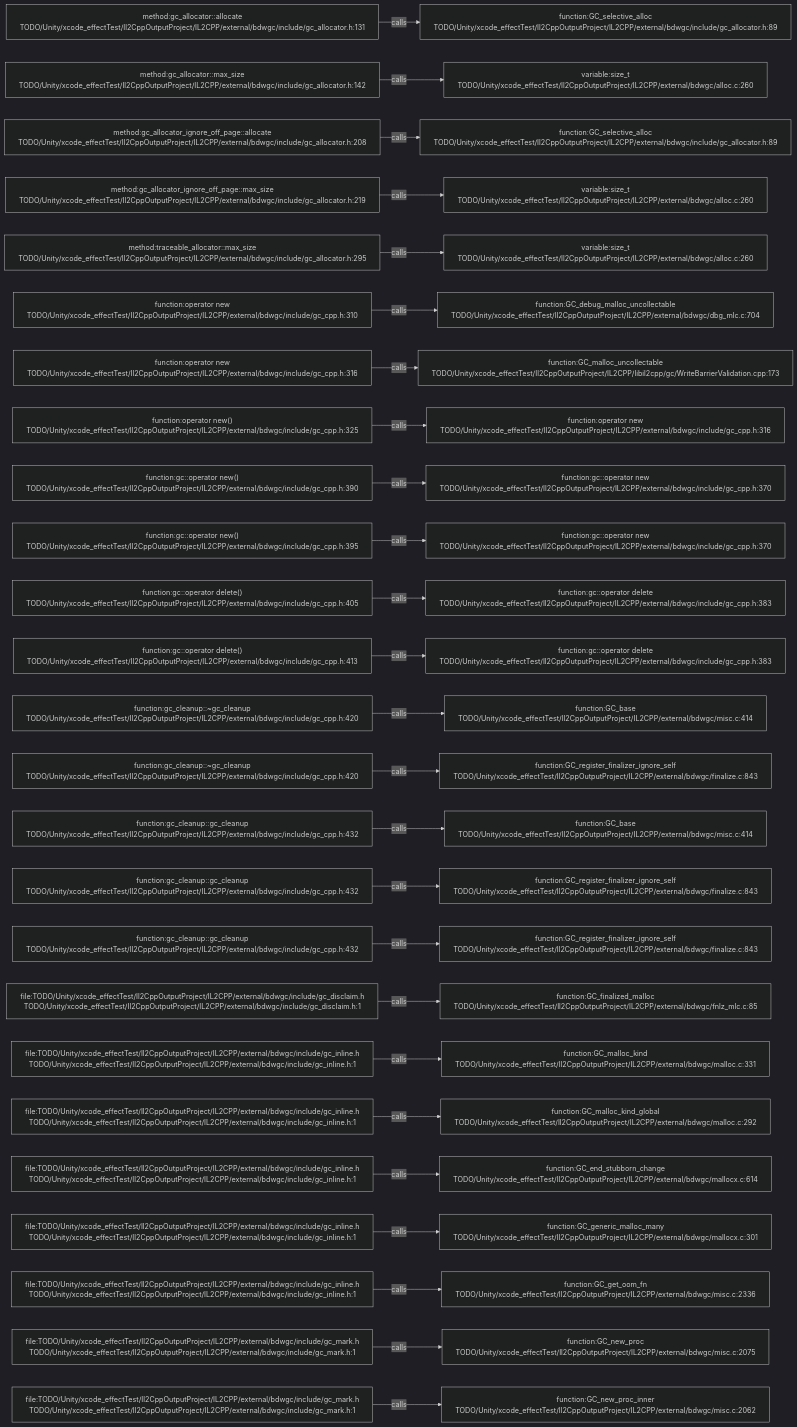
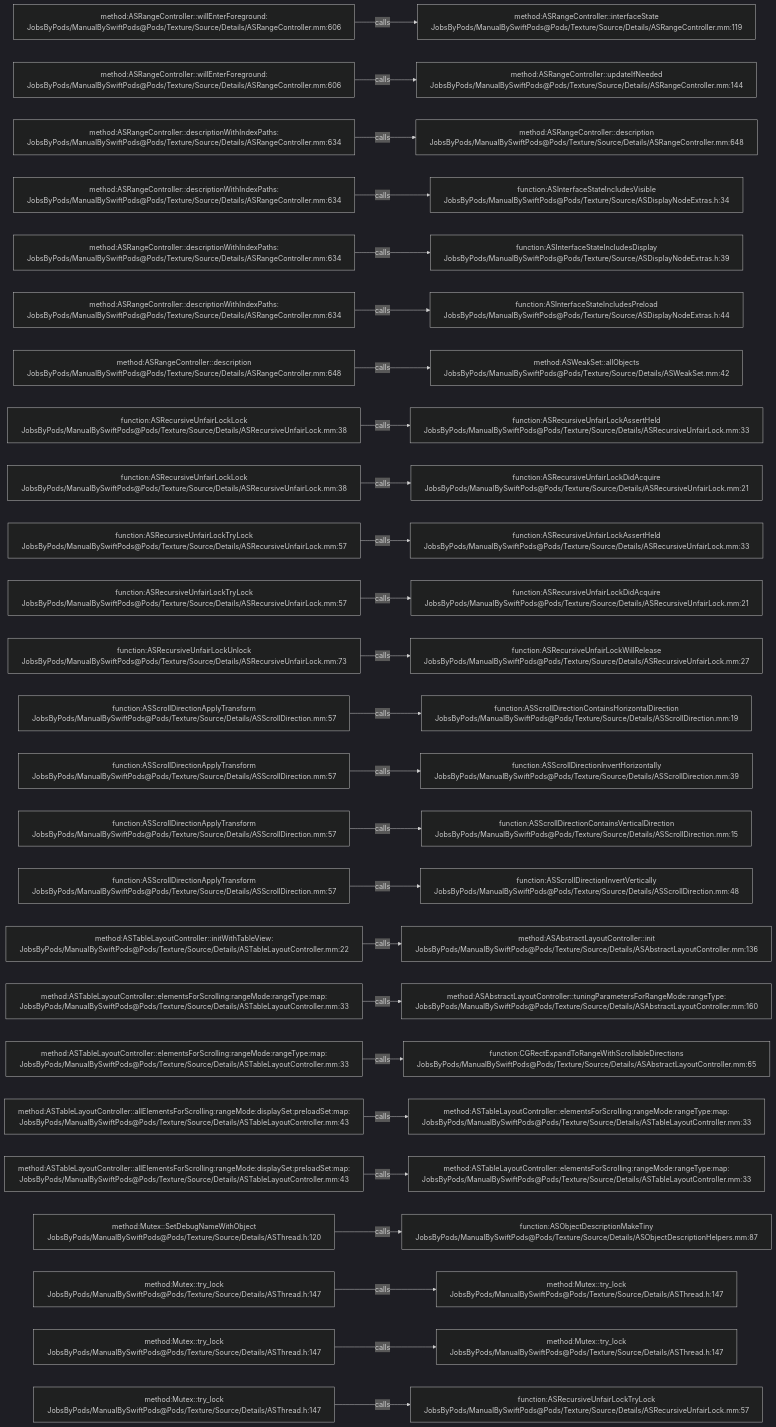
Before and after one commit to JobsKits/JobsSwiftBaseConfigDemo: the diagram in .codegraph/codegraph.md/graphs/calls-114.md, drawn with Mermaid (dark theme). The commit also changed 2959 other files, not shown here.

````diff
--- a/.codegraph/codegraph.md/graphs/calls-114.md
+++ b/.codegraph/codegraph.md/graphs/calls-114.md
@@ -13,78 +13,78 @@
 ```mermaid
 flowchart LR
-  S1["method:gc_allocator::allocate<br/>TODO/Unity/xcode_effectTest/Il2CppOutputProject/IL2CPP/external/bdwgc/include/gc_allocator.h:131"]
-  T1["function:GC_selective_alloc<br/>TODO/Unity/xcode_effectTest/Il2CppOutputProject/IL2CPP/external/bdwgc/include/gc_allocator.h:89"]
+  S1["method:ASRangeController::willEnterForeground:<br/>JobsByPods/ManualBySwiftPods@Pods/Texture/Source/Details/ASRangeController.mm:606"]
+  T1["method:ASRangeController::interfaceState<br/>JobsByPods/ManualBySwiftPods@Pods/Texture/Source/Details/ASRangeController.mm:119"]
   S1 -->|calls| T1
-  S2["method:gc_allocator::max_size<br/>TODO/Unity/xcode_effectTest/Il2CppOutputProject/IL2CPP/external/bdwgc/include/gc_allocator.h:142"]
-  T2["variable:size_t<br/>TODO/Unity/xcode_effectTest/Il2CppOutputProject/IL2CPP/external/bdwgc/alloc.c:260"]
+  S2["method:ASRangeController::willEnterForeground:<br/>JobsByPods/ManualBySwiftPods@Pods/Texture/Source/Details/ASRangeController.mm:606"]
+  T2["method:ASRangeController::updateIfNeeded<br/>JobsByPods/ManualBySwiftPods@Pods/Texture/Source/Details/ASRangeController.mm:144"]
   S2 -->|calls| T2
-  S3["method:gc_allocator_ignore_off_page::allocate<br/>TODO/Unity/xcode_effectTest/Il2CppOutputProject/IL2CPP/external/bdwgc/include/gc_allocator.h:208"]
-  T3["function:GC_selective_alloc<br/>TODO/Unity/xcode_effectTest/Il2CppOutputProject/IL2CPP/external/bdwgc/include/gc_allocator.h:89"]
+  S3["method:ASRangeController::descriptionWithIndexPaths:<br/>JobsByPods/ManualBySwiftPods@Pods/Texture/Source/Details/ASRangeController.mm:634"]
+  T3["method:ASRangeController::description<br/>JobsByPods/ManualBySwiftPods@Pods/Texture/Source/Details/ASRangeController.mm:648"]
   S3 -->|calls| T3
-  S4["method:gc_allocator_ignore_off_page::max_size<br/>TODO/Unity/xcode_effectTest/Il2CppOutputProject/IL2CPP/external/bdwgc/include/gc_allocator.h:219"]
-  T4["variable:size_t<br/>TODO/Unity/xcode_effectTest/Il2CppOutputProject/IL2CPP/external/bdwgc/alloc.c:260"]
+  S4["method:ASRangeController::descriptionWithIndexPaths:<br/>JobsByPods/ManualBySwiftPods@Pods/Texture/Source/Details/ASRangeController.mm:634"]
+  T4["function:ASInterfaceStateIncludesVisible<br/>JobsByPods/ManualBySwiftPods@Pods/Texture/Source/ASDisplayNodeExtras.h:34"]
   S4 -->|calls| T4
-  S5["method:traceable_allocator::max_size<br/>TODO/Unity/xcode_effectTest/Il2CppOutputProject/IL2CPP/external/bdwgc/include/gc_allocator.h:295"]
-  T5["variable:size_t<br/>TODO/Unity/xcode_effectTest/Il2CppOutputProject/IL2CPP/external/bdwgc/alloc.c:260"]
+  S5["method:ASRangeController::descriptionWithIndexPaths:<br/>JobsByPods/ManualBySwiftPods@Pods/Texture/Source/Details/ASRangeController.mm:634"]
+  T5["function:ASInterfaceStateIncludesDisplay<br/>JobsByPods/ManualBySwiftPods@Pods/Texture/Source/ASDisplayNodeExtras.h:39"]
   S5 -->|calls| T5
-  S6["function:operator new<br/>TODO/Unity/xcode_effectTest/Il2CppOutputProject/IL2CPP/external/bdwgc/include/gc_cpp.h:310"]
-  T6["function:GC_debug_malloc_uncollectable<br/>TODO/Unity/xcode_effectTest/Il2CppOutputProject/IL2CPP/external/bdwgc/dbg_mlc.c:704"]
+  S6["method:ASRangeController::descriptionWithIndexPaths:<br/>JobsByPods/ManualBySwiftPods@Pods/Texture/Source/Details/ASRangeController.mm:634"]
+  T6["function:ASInterfaceStateIncludesPreload<br/>JobsByPods/ManualBySwiftPods@Pods/Texture/Source/ASDisplayNodeExtras.h:44"]
   S6 -->|calls| T6
-  S7["function:operator new<br/>TODO/Unity/xcode_effectTest/Il2CppOutputProject/IL2CPP/external/bdwgc/include/gc_cpp.h:316"]
-  T7["function:GC_malloc_uncollectable<br/>TODO/Unity/xcode_effectTest/Il2CppOutputProject/IL2CPP/libil2cpp/gc/WriteBarrierValidation.cpp:173"]
+  S7["method:ASRangeController::description<br/>JobsByPods/ManualBySwiftPods@Pods/Texture/Source/Details/ASRangeController.mm:648"]
+  T7["method:ASWeakSet::allObjects<br/>JobsByPods/ManualBySwiftPods@Pods/Texture/Source/Details/ASWeakSet.mm:42"]
   S7 -->|calls| T7
-  S8["function:operator new()<br/>TODO/Unity/xcode_effectTest/Il2CppOutputProject/IL2CPP/external/bdwgc/include/gc_cpp.h:325"]
-  T8["function:operator new<br/>TODO/Unity/xcode_effectTest/Il2CppOutputProject/IL2CPP/external/bdwgc/include/gc_cpp.h:316"]
+  S8["function:ASRecursiveUnfairLockLock<br/>JobsByPods/ManualBySwiftPods@Pods/Texture/Source/Details/ASRecursiveUnfairLock.mm:38"]
+  T8["function:ASRecursiveUnfairLockAssertHeld<br/>JobsByPods/ManualBySwiftPods@Pods/Texture/Source/Details/ASRecursiveUnfairLock.mm:33"]
   S8 -->|calls| T8
-  S9["function:gc::operator new()<br/>TODO/Unity/xcode_effectTest/Il2CppOutputProject/IL2CPP/external/bdwgc/include/gc_cpp.h:390"]
-  T9["function:gc::operator new<br/>TODO/Unity/xcode_effectTest/Il2CppOutputProject/IL2CPP/external/bdwgc/include/gc_cpp.h:370"]
+  S9["function:ASRecursiveUnfairLockLock<br/>JobsByPods/ManualBySwiftPods@Pods/Texture/Source/Details/ASRecursiveUnfairLock.mm:38"]
+  T9["function:ASRecursiveUnfairLockDidAcquire<br/>JobsByPods/ManualBySwiftPods@Pods/Texture/Source/Details/ASRecursiveUnfairLock.mm:21"]
   S9 -->|calls| T9
-  S10["function:gc::operator new()<br/>TODO/Unity/xcode_effectTest/Il2CppOutputProject/IL2CPP/external/bdwgc/include/gc_cpp.h:395"]
-  T10["function:gc::operator new<br/>TODO/Unity/xcode_effectTest/Il2CppOutputProject/IL2CPP/external/bdwgc/include/gc_cpp.h:370"]
+  S10["function:ASRecursiveUnfairLockTryLock<br/>JobsByPods/ManualBySwiftPods@Pods/Texture/Source/Details/ASRecursiveUnfairLock.mm:57"]
+  T10["function:ASRecursiveUnfairLockAssertHeld<br/>JobsByPods/ManualBySwiftPods@Pods/Texture/Source/Details/ASRecursiveUnfairLock.mm:33"]
   S10 -->|calls| T10
-  S11["function:gc::operator delete()<br/>TODO/Unity/xcode_effectTest/Il2CppOutputProject/IL2CPP/external/bdwgc/include/gc_cpp.h:405"]
-  T11["function:gc::operator delete<br/>TODO/Unity/xcode_effectTest/Il2CppOutputProject/IL2CPP/external/bdwgc/include/gc_cpp.h:383"]
+  S11["function:ASRecursiveUnfairLockTryLock<br/>JobsByPods/ManualBySwiftPods@Pods/Texture/Source/Details/ASRecursiveUnfairLock.mm:57"]
+  T11["function:ASRecursiveUnfairLockDidAcquire<br/>JobsByPods/ManualBySwiftPods@Pods/Texture/Source/Details/ASRecursiveUnfairLock.mm:21"]
   S11 -->|calls| T11
-  S12["function:gc::operator delete()<br/>TODO/Unity/xcode_effectTest/Il2CppOutputProject/IL2CPP/external/bdwgc/include/gc_cpp.h:413"]
-  T12["function:gc::operator delete<br/>TODO/Unity/xcode_effectTest/Il2CppOutputProject/IL2CPP/external/bdwgc/include/gc_cpp.h:383"]
+  S12["function:ASRecursiveUnfairLockUnlock<br/>JobsByPods/ManualBySwiftPods@Pods/Texture/Source/Details/ASRecursiveUnfairLock.mm:73"]
+  T12["function:ASRecursiveUnfairLockWillRelease<br/>JobsByPods/ManualBySwiftPods@Pods/Texture/Source/Details/ASRecursiveUnfairLock.mm:27"]
   S12 -->|calls| T12
-  S13["function:gc_cleanup::~gc_cleanup<br/>TODO/Unity/xcode_effectTest/Il2CppOutputProject/IL2CPP/external/bdwgc/include/gc_cpp.h:420"]
-  T13["function:GC_base<br/>TODO/Unity/xcode_effectTest/Il2CppOutputProject/IL2CPP/external/bdwgc/misc.c:414"]
+  S13["function:ASScrollDirectionApplyTransform<br/>JobsByPods/ManualBySwiftPods@Pods/Texture/Source/Details/ASScrollDirection.mm:57"]
+  T13["function:ASScrollDirectionContainsHorizontalDirection<br/>JobsByPods/ManualBySwiftPods@Pods/Texture/Source/Details/ASScrollDirection.mm:19"]
   S13 -->|calls| T13
-  S14["function:gc_cleanup::~gc_cleanup<br/>TODO/Unity/xcode_effectTest/Il2CppOutputProject/IL2CPP/external/bdwgc/include/gc_cpp.h:420"]
-  T14["function:GC_register_finalizer_ignore_self<br/>TODO/Unity/xcode_effectTest/Il2CppOutputProject/IL2CPP/external/bdwgc/finalize.c:843"]
+  S14["function:ASScrollDirectionApplyTransform<br/>JobsByPods/ManualBySwiftPods@Pods/Texture/Source/Details/ASScrollDirection.mm:57"]
+  T14["function:ASScrollDirectionInvertHorizontally<br/>JobsByPods/ManualBySwiftPods@Pods/Texture/Source/Details/ASScrollDirection.mm:39"]
   S14 -->|calls| T14
-  S15["function:gc_cleanup::gc_cleanup<br/>TODO/Unity/xcode_effectTest/Il2CppOutputProject/IL2CPP/external/bdwgc/include/gc_cpp.h:432"]
-  T15["function:GC_base<br/>TODO/Unity/xcode_effectTest/Il2CppOutputProject/IL2CPP/external/bdwgc/misc.c:414"]
+  S15["function:ASScrollDirectionApplyTransform<br/>JobsByPods/ManualBySwiftPods@Pods/Texture/Source/Details/ASScrollDirection.mm:57"]
+  T15["function:ASScrollDirectionContainsVerticalDirection<br/>JobsByPods/ManualBySwiftPods@Pods/Texture/Source/Details/ASScrollDirection.mm:15"]
   S15 -->|calls| T15
-  S16["function:gc_cleanup::gc_cleanup<br/>TODO/Unity/xcode_effectTest/Il2CppOutputProject/IL2CPP/external/bdwgc/include/gc_cpp.h:432"]
-  T16["function:GC_register_finalizer_ignore_self<br/>TODO/Unity/xcode_effectTest/Il2CppOutputProject/IL2CPP/external/bdwgc/finalize.c:843"]
+  S16["function:ASScrollDirectionApplyTransform<br/>JobsByPods/ManualBySwiftPods@Pods/Texture/Source/Details/ASScrollDirection.mm:57"]
+  T16["function:ASScrollDirectionInvertVertically<br/>JobsByPods/ManualBySwiftPods@Pods/Texture/Source/Details/ASScrollDirection.mm:48"]
   S16 -->|calls| T16
-  S17["function:gc_cleanup::gc_cleanup<br/>TODO/Unity/xcode_effectTest/Il2CppOutputProject/IL2CPP/external/bdwgc/include/gc_cpp.h:432"]
-  T17["function:GC_register_finalizer_ignore_self<br/>TODO/Unity/xcode_effectTest/Il2CppOutputProject/IL2CPP/external/bdwgc/finalize.c:843"]
+  S17["method:ASTableLayoutController::initWithTableView:<br/>JobsByPods/ManualBySwiftPods@Pods/Texture/Source/Details/ASTableLayoutController.mm:22"]
+  T17["method:ASAbstractLayoutController::init<br/>JobsByPods/ManualBySwiftPods@Pods/Texture/Source/Details/ASAbstractLayoutController.mm:136"]
   S17 -->|calls| T17
-  S18["file:TODO/Unity/xcode_effectTest/Il2CppOutputProject/IL2CPP/external/bdwgc/include/gc_disclaim.h<br/>TODO/Unity/xcode_effectTest/Il2CppOutputProject/IL2CPP/external/bdwgc/include/gc_disclaim.h:1"]
-  T18["function:GC_finalized_malloc<br/>TODO/Unity/xcode_effectTest/Il2CppOutputProject/IL2CPP/external/bdwgc/fnlz_mlc.c:85"]
+  S18["method:ASTableLayoutController::elementsForScrolling:rangeMode:rangeType:map:<br/>JobsByPods/ManualBySwiftPods@Pods/Texture/Source/Details/ASTableLayoutController.mm:33"]
+  T18["method:ASAbstractLayoutController::tuningParametersForRangeMode:rangeType:<br/>JobsByPods/ManualBySwiftPods@Pods/Texture/Source/Details/ASAbstractLayoutController.mm:160"]
   S18 -->|calls| T18
-  S19["file:TODO/Unity/xcode_effectTest/Il2CppOutputProject/IL2CPP/external/bdwgc/include/gc_inline.h<br/>TODO/Unity/xcode_effectTest/Il2CppOutputProject/IL2CPP/external/bdwgc/include/gc_inline.h:1"]
-  T19["function:GC_malloc_kind<br/>TODO/Unity/xcode_effectTest/Il2CppOutputProject/IL2CPP/external/bdwgc/malloc.c:331"]
+  S19["method:ASTableLayoutController::elementsForScrolling:rangeMode:rangeType:map:<br/>JobsByPods/ManualBySwiftPods@Pods/Texture/Source/Details/ASTableLayoutController.mm:33"]
+  T19["function:CGRectExpandToRangeWithScrollableDirections<br/>JobsByPods/ManualBySwiftPods@Pods/Texture/Source/Details/ASAbstractLayoutController.mm:65"]
   S19 -->|calls| T19
-  S20["file:TODO/Unity/xcode_effectTest/Il2CppOutputProject/IL2CPP/external/bdwgc/include/gc_inline.h<br/>TODO/Unity/xcode_effectTest/Il2CppOutputProject/IL2CPP/external/bdwgc/include/gc_inline.h:1"]
-  T20["function:GC_malloc_kind_global<br/>TODO/Unity/xcode_effectTest/Il2CppOutputProject/IL2CPP/external/bdwgc/malloc.c:292"]
+  S20["method:ASTableLayoutController::allElementsForScrolling:rangeMode:displaySet:preloadSet:map:<br/>JobsByPods/ManualBySwiftPods@Pods/Texture/Source/Details/ASTableLayoutController.mm:43"]
+  T20["method:ASTableLayoutController::elementsForScrolling:rangeMode:rangeType:map:<br/>JobsByPods/ManualBySwiftPods@Pods/Texture/Source/Details/ASTableLayoutController.mm:33"]
   S20 -->|calls| T20
-  S21["file:TODO/Unity/xcode_effectTest/Il2CppOutputProject/IL2CPP/external/bdwgc/include/gc_inline.h<br/>TODO/Unity/xcode_effectTest/Il2CppOutputProject/IL2CPP/external/bdwgc/include/gc_inline.h:1"]
-  T21["function:GC_end_stubborn_change<br/>TODO/Unity/xcode_effectTest/Il2CppOutputProject/IL2CPP/external/bdwgc/mallocx.c:614"]
+  S21["method:ASTableLayoutController::allElementsForScrolling:rangeMode:displaySet:preloadSet:map:<br/>JobsByPods/ManualBySwiftPods@Pods/Texture/Source/Details/ASTableLayoutController.mm:43"]
+  T21["method:ASTableLayoutController::elementsForScrolling:rangeMode:rangeType:map:<br/>JobsByPods/ManualBySwiftPods@Pods/Texture/Source/Details/ASTableLayoutController.mm:33"]
   S21 -->|calls| T21
-  S22["file:TODO/Unity/xcode_effectTest/Il2CppOutputProject/IL2CPP/external/bdwgc/include/gc_inline.h<br/>TODO/Unity/xcode_effectTest/Il2CppOutputProject/IL2CPP/external/bdwgc/include/gc_inline.h:1"]
-  T22["function:GC_generic_malloc_many<br/>TODO/Unity/xcode_effectTest/Il2CppOutputProject/IL2CPP/external/bdwgc/mallocx.c:301"]
+  S22["method:Mutex::SetDebugNameWithObject<br/>JobsByPods/ManualBySwiftPods@Pods/Texture/Source/Details/ASThread.h:120"]
+  T22["function:ASObjectDescriptionMakeTiny<br/>JobsByPods/ManualBySwiftPods@Pods/Texture/Source/Details/ASObjectDescriptionHelpers.mm:87"]
   S22 -->|calls| T22
-  S23["file:TODO/Unity/xcode_effectTest/Il2CppOutputProject/IL2CPP/external/bdwgc/include/gc_inline.h<br/>TODO/Unity/xcode_effectTest/Il2CppOutputProject/IL2CPP/external/bdwgc/include/gc_inline.h:1"]
-  T23["function:GC_get_oom_fn<br/>TODO/Unity/xcode_effectTest/Il2CppOutputProject/IL2CPP/external/bdwgc/misc.c:2336"]
+  S23["method:Mutex::try_lock<br/>JobsByPods/ManualBySwiftPods@Pods/Texture/Source/Details/ASThread.h:147"]
+  T23["method:Mutex::try_lock<br/>JobsByPods/ManualBySwiftPods@Pods/Texture/Source/Details/ASThread.h:147"]
   S23 -->|calls| T23
-  S24["file:TODO/Unity/xcode_effectTest/Il2CppOutputProject/IL2CPP/external/bdwgc/include/gc_mark.h<br/>TODO/Unity/xcode_effectTest/Il2CppOutputProject/IL2CPP/external/bdwgc/include/gc_mark.h:1"]
-  T24["function:GC_new_proc<br/>TODO/Unity/xcode_effectTest/Il2CppOutputProject/IL2CPP/external/bdwgc/misc.c:2075"]
+  S24["method:Mutex::try_lock<br/>JobsByPods/ManualBySwiftPods@Pods/Texture/Source/Details/ASThread.h:147"]
+  T24["method:Mutex::try_lock<br/>JobsByPods/ManualBySwiftPods@Pods/Texture/Source/Details/ASThread.h:147"]
   S24 -->|calls| T24
-  S25["file:TODO/Unity/xcode_effectTest/Il2CppOutputProject/IL2CPP/external/bdwgc/include/gc_mark.h<br/>TODO/Unity/xcode_effectTest/Il2CppOutputProject/IL2CPP/external/bdwgc/include/gc_mark.h:1"]
-  T25["function:GC_new_proc_inner<br/>TODO/Unity/xcode_effectTest/Il2CppOutputProject/IL2CPP/external/bdwgc/misc.c:2062"]
+  S25["method:Mutex::try_lock<br/>JobsByPods/ManualBySwiftPods@Pods/Texture/Source/Details/ASThread.h:147"]
+  T25["function:ASRecursiveUnfairLockTryLock<br/>JobsByPods/ManualBySwiftPods@Pods/Texture/Source/Details/ASRecursiveUnfairLock.mm:57"]
   S25 -->|calls| T25
 ```
````
